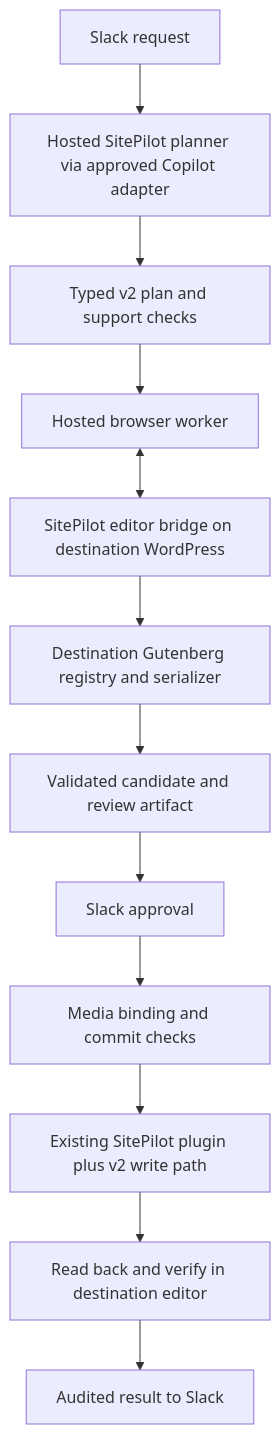
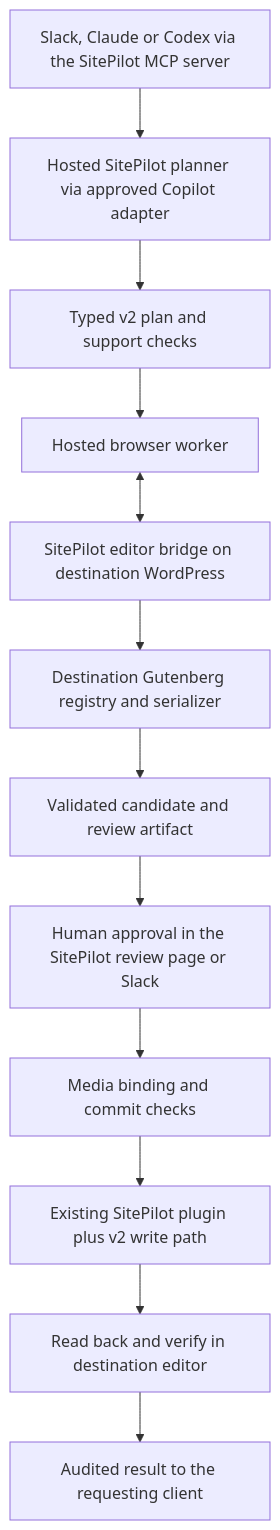
Before and after one commit to mwseymour/sitepilot: the diagram in docs/v2-build.md, drawn with Mermaid. The commit also changed other lines of this file and 50 other files, not shown here.

First line of the commit message:
sitepilot_v2: Added ACF block authoring with per-site tests, accordion blocks and v2 capability and roadmap docs

````diff
--- a/docs/v2-build.md
+++ b/docs/v2-build.md
@@ -76,14 +78,14 @@
 ```mermaid
 flowchart TD
-    A[Slack request] --> B[Hosted SitePilot planner via approved Copilot adapter]
+    A[Slack, Claude or Codex via the SitePilot MCP server] --> B[Hosted SitePilot planner via approved Copilot adapter]
     B --> C[Typed v2 plan and support checks]
     C --> D[Hosted browser worker]
     D <--> E[SitePilot editor bridge on destination WordPress]
     E --> F[Destination Gutenberg registry and serializer]
     F --> G[Validated candidate and review artifact]
-    G --> H[Slack approval]
+    G --> H[Human approval in the SitePilot review page or Slack]
     H --> I[Media binding and commit checks]
     I --> J[Existing SitePilot plugin plus v2 write path]
     J --> K[Read back and verify in destination editor]
-    K --> L[Audited result to Slack]
+    K --> L[Audited result to the requesting client]
 ```
````
